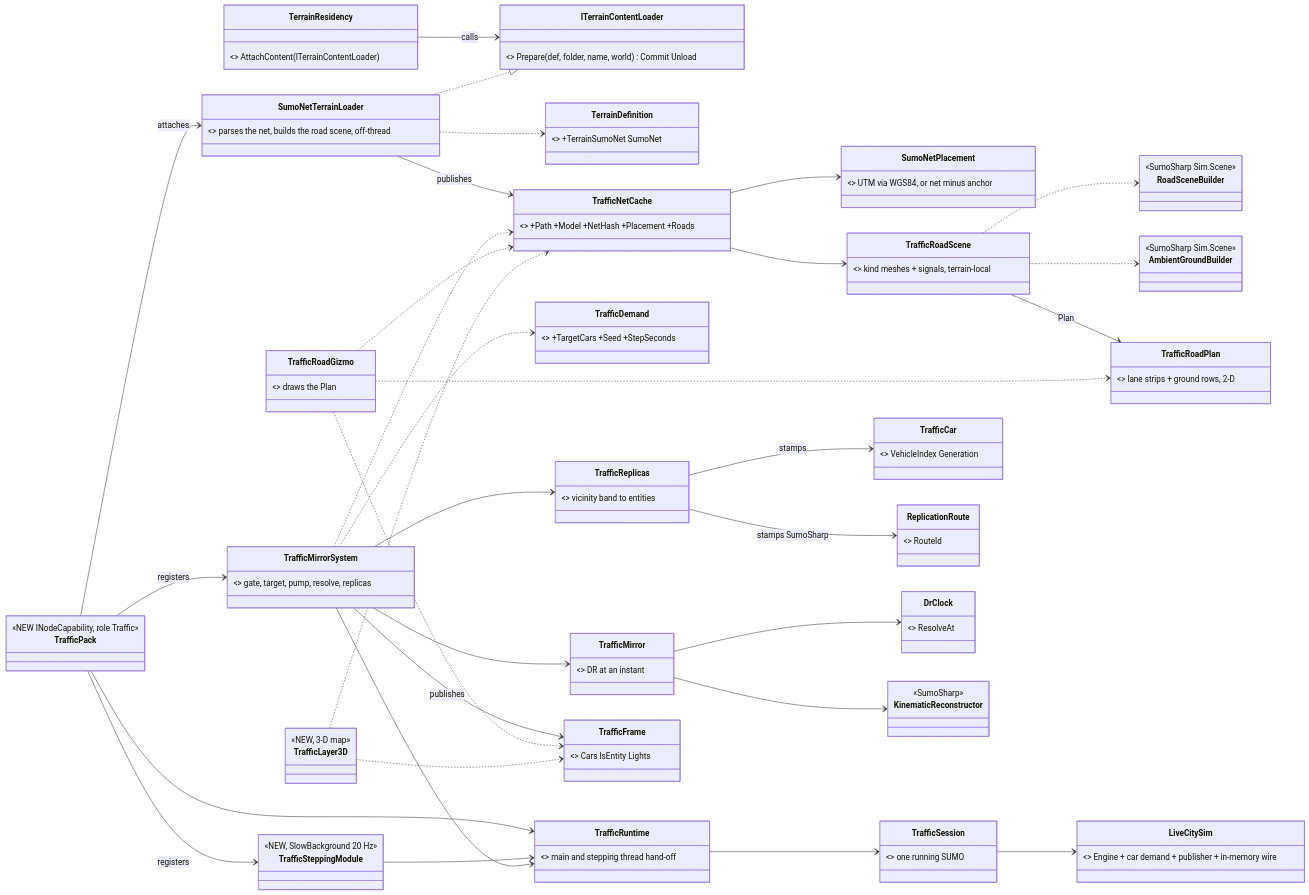
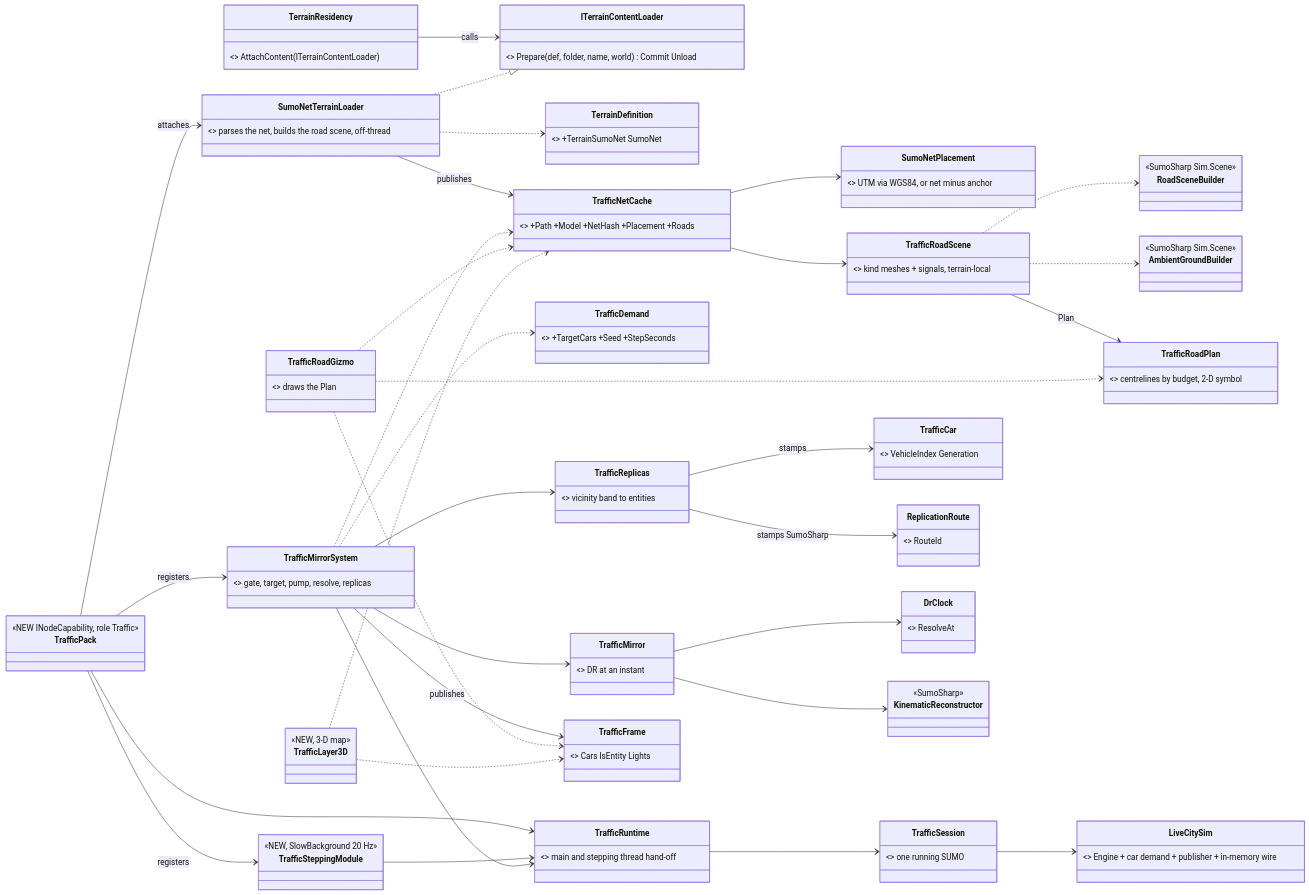
The first of 19 diagrams in docs/blueprints/Architect_Question_93_Sumo_Traffic_Node.md (pjanec/HROT), drawn with Mermaid before and after one commit. The commit also changed other lines of this file and 11 other files, not shown here.

First line of the commit message:
R-4058: the SUMO road net on the 2-D map is a symbol, never drawn in 3-D

````diff
--- a/docs/blueprints/Architect_Question_93_Sumo_Traffic_Node.md
+++ b/docs/blueprints/Architect_Question_93_Sumo_Traffic_Node.md
@@ -130,61 +130,61 @@
 ```mermaid
 classDiagram
   direction LR
   class TerrainResidency { <<existing, grows>> AttachContent(ITerrainContentLoader) }
   class ITerrainContentLoader { <<NEW seam>> Prepare(def, folder, name, world) Commit Unload }
   class SumoNetTerrainLoader { <<NEW>> parses the net, builds the road scene, off-thread }
   class TerrainDefinition { <<existing, grows>> +TerrainSumoNet SumoNet }
   class TrafficNetCache { <<NEW world singleton 450>> +Path +Model +NetHash +Placement +Roads }
   class SumoNetPlacement { <<NEW>> UTM via WGS84, or net minus anchor }
   class TrafficRoadScene { <<NEW>> kind meshes + signals, terrain-local }
   class TrafficDemand { <<NEW component 451, scenario entity>> +TargetCars +Seed +StepSeconds }
   class TrafficPack { <<NEW INodeCapability, role Traffic>> }
   class TrafficRuntime { <<NEW>> main and stepping thread hand-off }
   class TrafficSteppingModule { <<NEW, SlowBackground 20 Hz>> }
   class TrafficMirrorSystem { <<NEW, Input phase>> gate, target, pump, resolve, replicas }
   class TrafficSession { <<NEW>> one running SUMO }
   class TrafficMirror { <<NEW>> DR at an instant }
   class TrafficReplicas { <<NEW>> vicinity band to entities }
   class TrafficCar { <<NEW component 452>> VehicleIndex Generation }
   class ReplicationRoute { <<NEW component 453, general>> RouteId }
   class TrafficFrame { <<NEW world singleton 454>> Cars IsEntity Lights }
   class TrafficRoadGizmo { <<NEW, 2-D map>> draws the Plan }
-  class TrafficRoadPlan { <<NEW>> lane strips + ground rows, 2-D }
+  class TrafficRoadPlan { <<NEW>> centrelines by budget, 2-D symbol }
   class TrafficLayer3D { <<NEW, 3-D map>> }
   class LiveCitySim { <<SumoSharp>> Engine + car demand + publisher + in-memory wire }
   class DrClock { <<SumoSharp>> ResolveAt }
   class KinematicReconstructor { <<SumoSharp>> }
   class RoadSceneBuilder { <<SumoSharp Sim.Scene>> }
   class AmbientGroundBuilder { <<SumoSharp Sim.Scene>> }
   TerrainResidency --> ITerrainContentLoader : calls
   SumoNetTerrainLoader ..|> ITerrainContentLoader
   SumoNetTerrainLoader ..> TerrainDefinition
   SumoNetTerrainLoader --> TrafficNetCache : publishes
   TrafficNetCache --> SumoNetPlacement
   TrafficNetCache --> TrafficRoadScene
   TrafficRoadScene ..> RoadSceneBuilder
   TrafficRoadScene ..> AmbientGroundBuilder
   TrafficRoadScene --> TrafficRoadPlan : Plan
   TrafficRoadGizmo ..> TrafficRoadPlan
   TrafficPack --> SumoNetTerrainLoader : attaches
   TrafficPack --> TrafficRuntime
   TrafficPack --> TrafficSteppingModule : registers
   TrafficPack --> TrafficMirrorSystem : registers
   TrafficSteppingModule --> TrafficRuntime
   TrafficMirrorSystem --> TrafficRuntime
   TrafficRuntime --> TrafficSession
   TrafficSession --> LiveCitySim
   TrafficMirrorSystem ..> TrafficNetCache
   TrafficMirrorSystem ..> TrafficDemand
   TrafficMirrorSystem --> TrafficMirror
   TrafficMirror --> DrClock
   TrafficMirror --> KinematicReconstructor
   TrafficMirrorSystem --> TrafficReplicas
   TrafficReplicas --> TrafficCar : stamps
   TrafficReplicas --> ReplicationRoute : stamps SumoSharp
   TrafficMirrorSystem --> TrafficFrame : publishes
   TrafficRoadGizmo ..> TrafficNetCache
   TrafficRoadGizmo ..> TrafficFrame
   TrafficLayer3D ..> TrafficNetCache
   TrafficLayer3D ..> TrafficFrame
 ```
````
